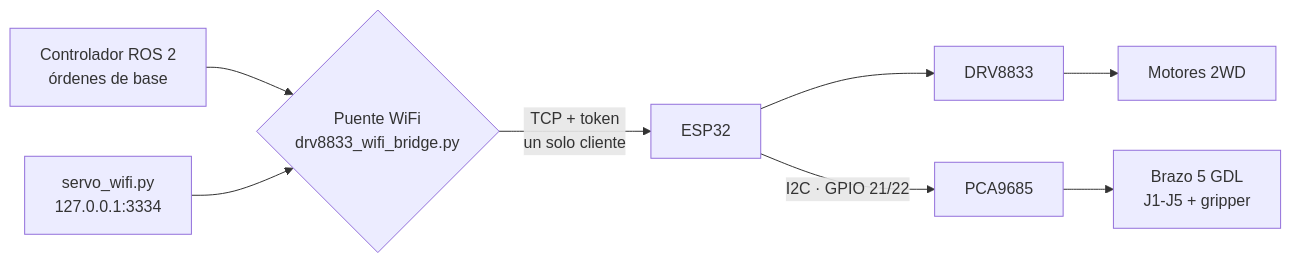
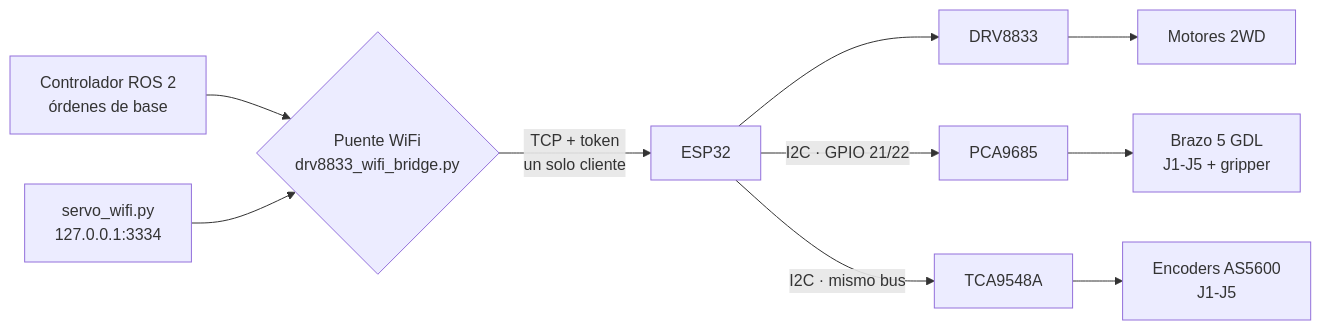
The fourth of 5 diagrams in README.md (dryanguasr/SyntheticPlantGeneration), drawn with Mermaid before and after one commit. The commit also changed other lines of this file and 12 other files, not shown here.

First line of the commit message:
Read the arm's AS5600 encoders over the ESP32 WiFi link

````diff
--- a/README.md
+++ b/README.md
@@ -241,8 +241,9 @@
 ```mermaid
 flowchart LR
     ROS["Controlador ROS 2<br/>órdenes de base"] --> BR{"Puente WiFi<br/>drv8833_wifi_bridge.py"}
     CLI["servo_wifi.py<br/>127.0.0.1:3334"] --> BR
     BR -->|"TCP + token<br/>un solo cliente"| ESP["ESP32"]
     ESP --> DRV["DRV8833"] --> MOT["Motores 2WD"]
     ESP -->|"I2C · GPIO 21/22"| PCA["PCA9685"] --> SRV["Brazo 5 GDL<br/>J1-J5 + gripper"]
+    ESP -->|"I2C · mismo bus"| MUX["TCA9548A"] --> ENC["Encoders AS5600<br/>J1-J5"]
 ```
````
